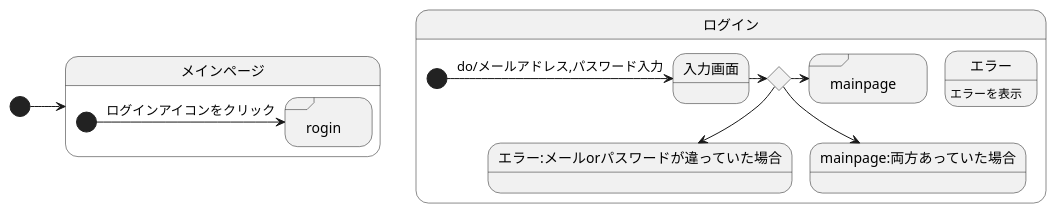
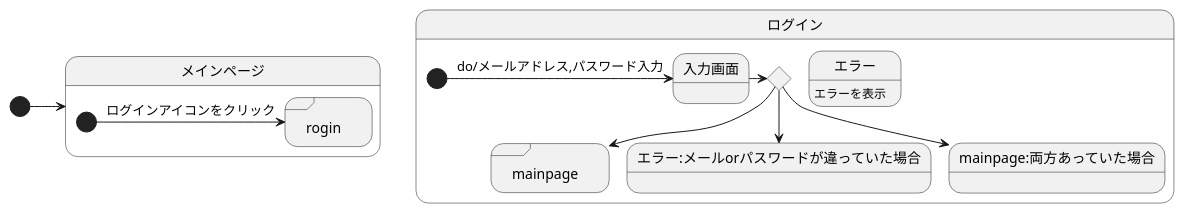
Before and after one commit to akutori/T-D-E: the diagram in UML.md, drawn with PlantUML.

````diff
--- a/UML.md
+++ b/UML.md
@@ -1,28 +1,28 @@
 ```uml
 @startuml
 
 
 [*]->メインページ
 state メインページ{
 state rogin
     [*]-> rogin : ログインアイコンをクリック
 
 }
 state "rogin" <<sdlreceive>> 
 
 state ログイン{
 state input <<choice>>
 state "mainpage" <<sdlreceive>>
 エラー:エラーを表示
     [*]-> 入力画面:do/メールアドレス,パスワード入力
     入力画面->input
     input --> エラー:メールorパスワードが違っていた場合
 
     input --> mainpage:両方あっていた場合
-    input -> mainpage
+    input --> mainpage
 }
 
 
 
 @enduml
 ```
````
